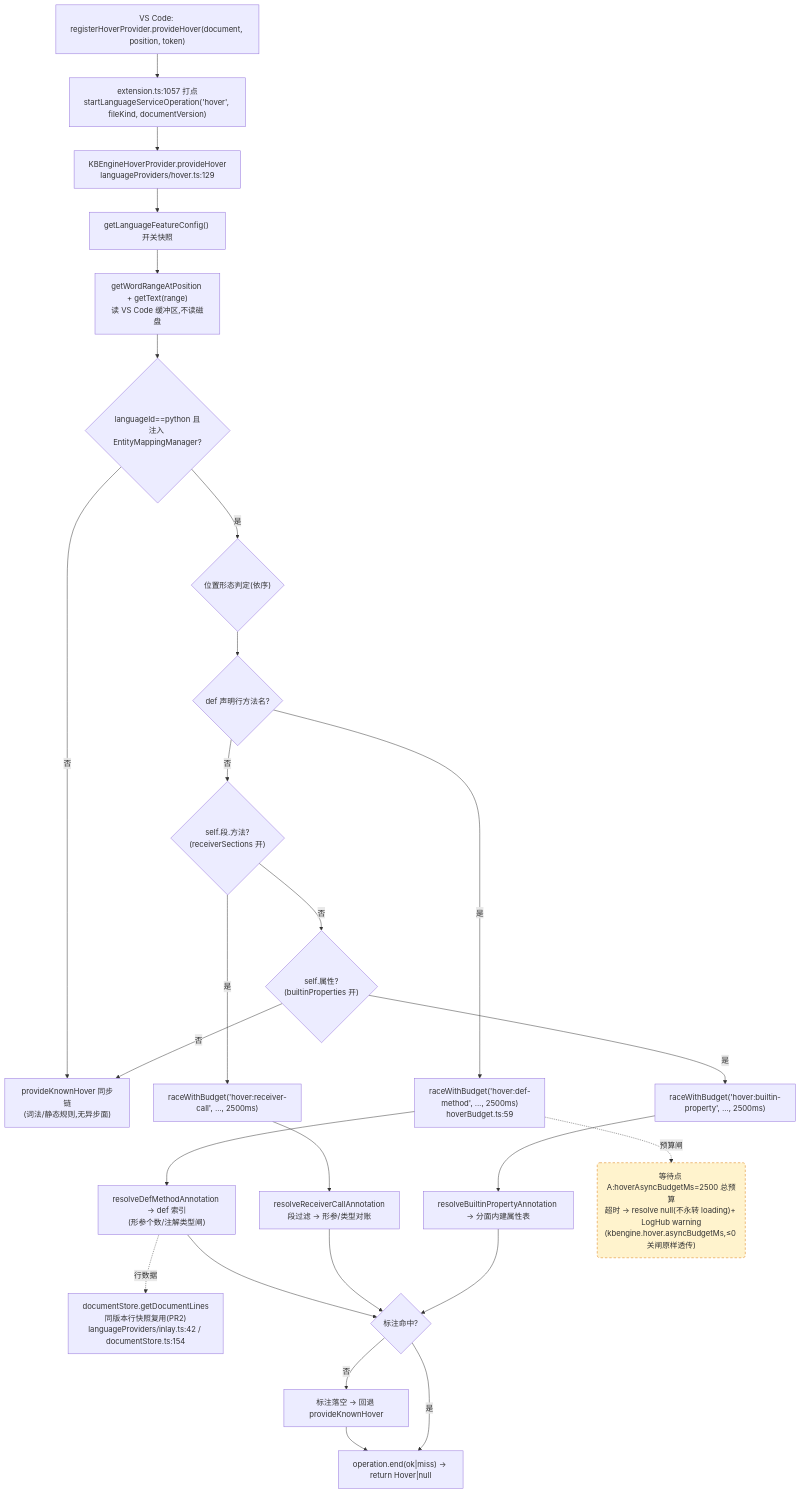
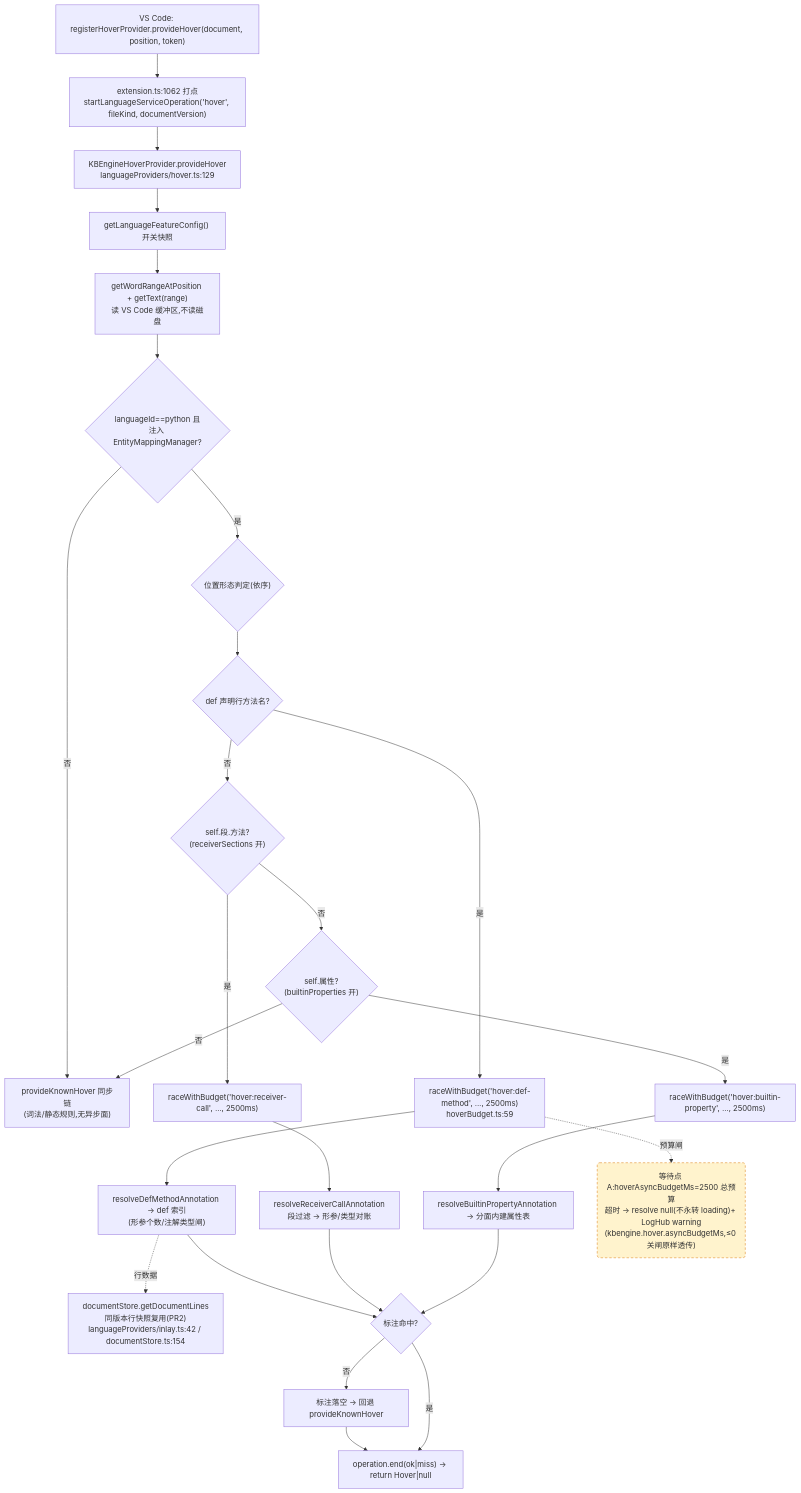
The first of 4 diagrams in docs/perf/2026-baseline.md (cuihairu/kode), drawn with Mermaid before and after one commit. The commit also changed other lines of this file and 38 other files, not shown here.

````diff
--- a/docs/perf/2026-baseline.md
+++ b/docs/perf/2026-baseline.md
@@ -82,45 +82,45 @@
 ```mermaid
 flowchart TD
   VC1["VS Code: registerHoverProvider.provideHover(document, position, token)"]
-  M1["extension.ts:1057 打点<br/>startLanguageServiceOperation('hover', fileKind, documentVersion)"]
+  M1["extension.ts:1062 打点<br/>startLanguageServiceOperation('hover', fileKind, documentVersion)"]
   HP["KBEngineHoverProvider.provideHover<br/>languageProviders/hover.ts:129"]
   CFG["getLanguageFeatureConfig() 开关快照"]
   WORD["getWordRangeAtPosition + getText(range)<br/>读 VS Code 缓冲区,不读磁盘"]
   BR{"languageId==python 且<br/>注入 EntityMappingManager?"}
   KN["provideKnownHover 同步链<br/>(词法/静态规则,无异步面)"]
   POS{"位置形态判定(依序)"}
   D1{"def 声明行方法名?"}
   D2{"self.段.方法?<br/>(receiverSections 开)"}
   D3{"self.属性?<br/>(builtinProperties 开)"}
   RA1["raceWithBudget('hover:def-method', …, 2500ms)<br/>hoverBudget.ts:59"]
   RA2["raceWithBudget('hover:receiver-call', …, 2500ms)"]
   RA3["raceWithBudget('hover:builtin-property', …, 2500ms)"]
   RS1["resolveDefMethodAnnotation → def 索引<br/>(形参个数/注解类型闸)"]
   RS2["resolveReceiverCallAnnotation<br/>段过滤 → 形参/类型对账"]
   RS3["resolveBuiltinPropertyAnnotation → 分面内建属性表"]
   LINES["documentStore.getDocumentLines<br/>同版本行快照复用(PR2)<br/>languageProviders/inlay.ts:42 / documentStore.ts:154"]
   MISS["标注落空 → 回退 provideKnownHover"]
   END1["operation.end(ok|miss) → return Hover|null"]
 
   VC1 --> M1 --> HP --> CFG --> WORD --> BR
   BR -- "否" --> KN
   BR -- "是" --> POS --> D1
   D1 -- "是" --> RA1 --> RS1
   D1 -- "否" --> D2
   D2 -- "是" --> RA2 --> RS2
   D2 -- "否" --> D3
   D3 -- "是" --> RA3 --> RS3
   D3 -- "否" --> KN
   RS1 --> HIT{"标注命中?"}
   RS2 --> HIT
   RS3 --> HIT
   RS1 -.->|行数据| LINES
   HIT -- "否" --> MISS --> END1
   HIT -- "是" --> END1
 
   WAITA("等待点 A:hoverAsyncBudgetMs=2500 总预算<br/>超时 → resolve null(不永转 loading)+ LogHub warning<br/>(kbengine.hover.asyncBudgetMs,≤0 关闸原样透传)")
   RA1 -.->|预算闸| WAITA
 
   classDef waitPoint fill:#fff3cd,stroke:#d97706,stroke-dasharray:5 4;
   class WAITA waitPoint;
 ```
````
